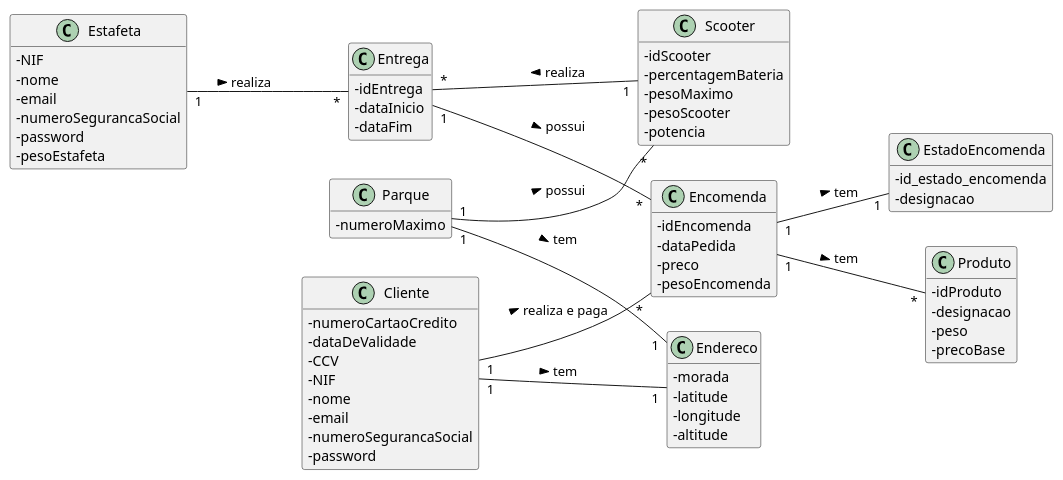
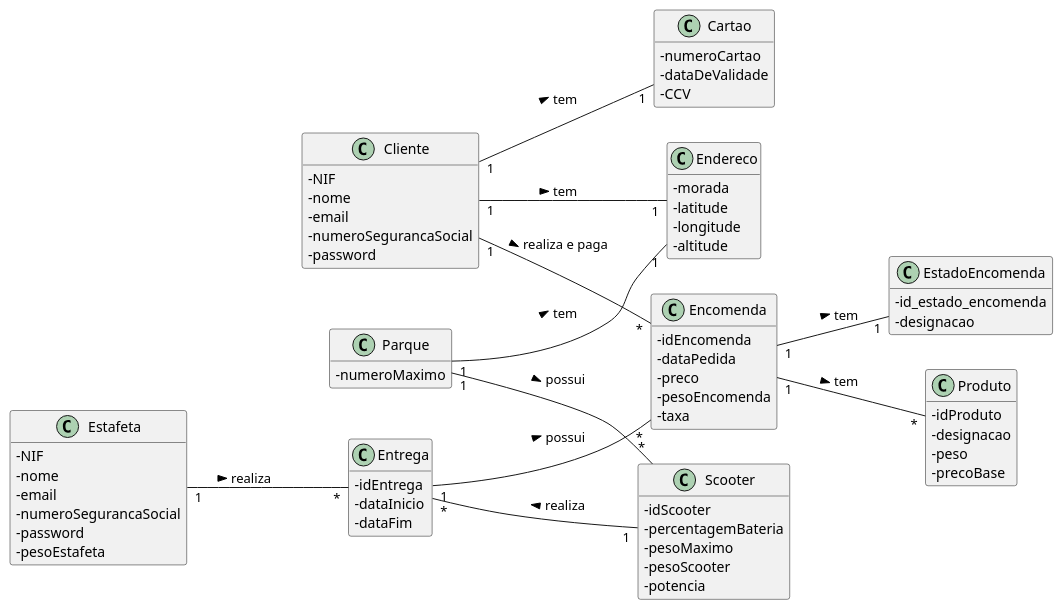
One commit to pedrolemos4/LAPR3 changed the diagram in docs/UC22/IniciaEntregaMD.puml. Above: the diagram before and after it, drawn with PlantUML. The commit also changed 3 other files, not shown here.

```diff
--- a/docs/UC22/IniciaEntregaMD.puml
+++ b/docs/UC22/IniciaEntregaMD.puml
@@ -1,80 +1,86 @@
 @startuml
 skinparam classAttributeIconSize 0
 hide methods
 left to right direction
 
 class Entrega {
   -idEntrega
   -dataInicio
   -dataFim
 }
 
 class Encomenda {
   -idEncomenda
   -dataPedida
   -preco
   -pesoEncomenda
+  -taxa
 }
 
-class EstadoEncomenda {
-  -id_estado_encomenda
-  -designacao
-}
-
-class Produto {
-  -idProduto
-  -designacao
-  -peso
-  -precoBase
-}
 
 class Estafeta {
   -NIF
   -nome
   -email
   -numeroSegurancaSocial
   -password
   -pesoEstafeta
 }
 
 class Endereco {
   -morada
   -latitude
   -longitude
   -altitude
 }
 
 class Scooter {
   -idScooter
   -percentagemBateria
   -pesoMaximo
   -pesoScooter
   -potencia
 }
 
 class Parque {
   -numeroMaximo
 }
 
 class Cliente {
-  -numeroCartaoCredito
-  -dataDeValidade
-  -CCV
   -NIF
   -nome
   -email
   -numeroSegurancaSocial
   -password
 }
 
+class Cartao {
+  -numeroCartao
+  -dataDeValidade
+  -CCV
+}
+
+class EstadoEncomenda {
+  -id_estado_encomenda
+  -designacao
+}
+
+class Produto {
+  -idProduto
+  -designacao
+  -peso
+  -precoBase
+}
+
 Encomenda "1" -- "1" EstadoEncomenda : tem >
+Cliente "1" -- "1" Cartao : tem >
 Entrega "1" -- "*" Encomenda : possui >
 Estafeta "1" -- "*" Entrega: realiza >
 Cliente "1" -- "1" Endereco: tem >
 Cliente "1" -- "*" Encomenda: realiza e paga >
 Entrega "*" -- "1" Scooter: realiza <
 Encomenda "1" -- "*" Produto: tem >
 Parque "1" -- "*" Scooter: possui >
 Parque "1" -- "1" Endereco: tem >
 
 @enduml
```
